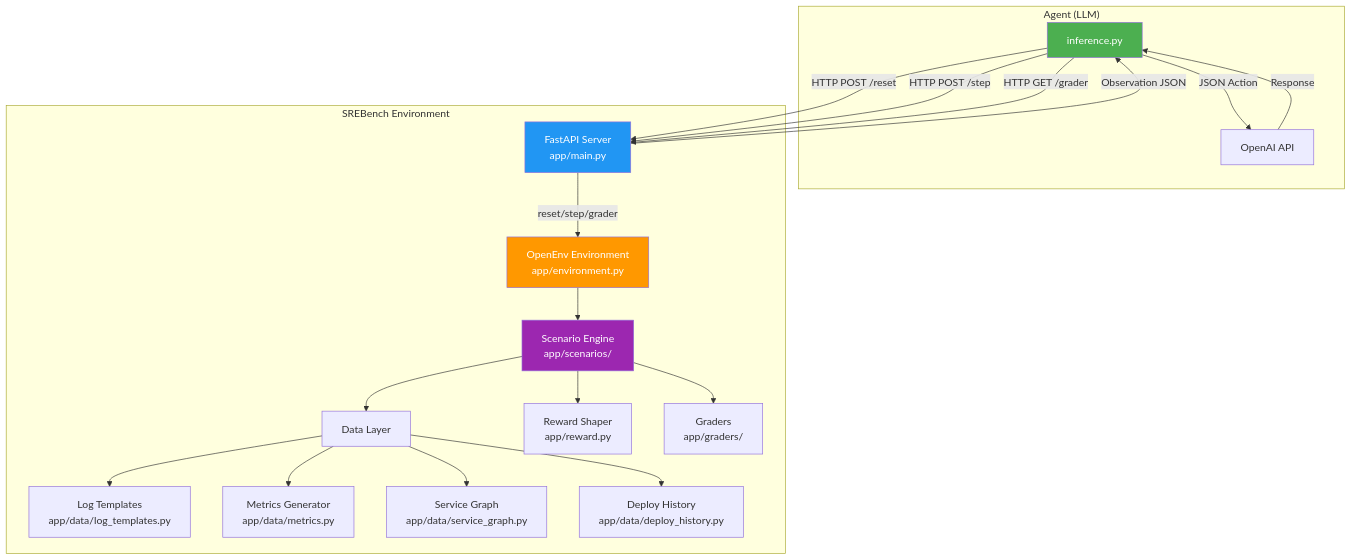
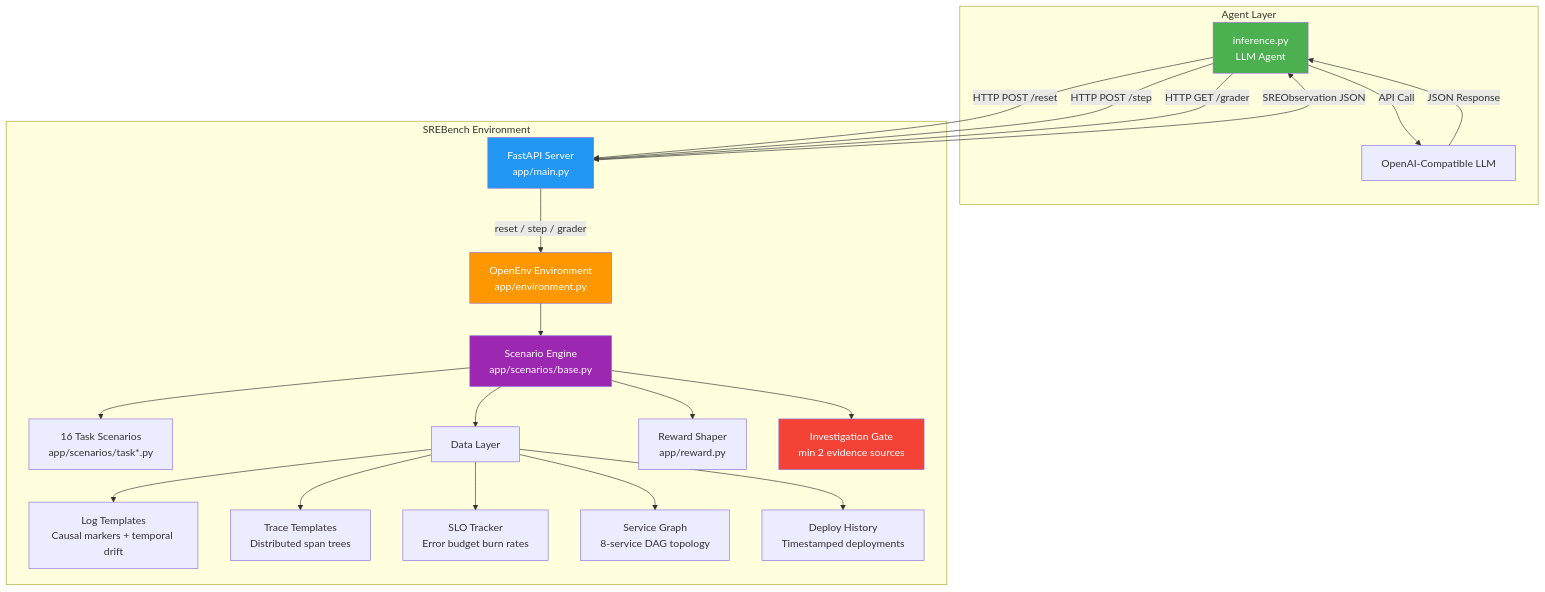
Before and after one commit to Airocult/Scaler-Meta-Competition-2026: the third of 15 diagrams in README.md, drawn with Mermaid. The commit also changed other lines of this file, not shown here.

Commit message:
Complete README rewrite: 16 tasks, Mermaid diagrams, UML, novel mechanics, investigation gating

````diff
--- a/README.md
+++ b/README.md
@@ -102,29 +184,34 @@
 ```mermaid
 graph TB
-    subgraph "Agent (LLM)"
-        A[inference.py] -->|JSON Action| B[OpenAI API]
-        B -->|Response| A
+    subgraph "Agent Layer"
+        A[inference.py<br/>LLM Agent] -->|API Call| B[OpenAI-Compatible LLM]
+        B -->|JSON Response| A
     end
 
     subgraph "SREBench Environment"
-        C[FastAPI Server<br/>app/main.py] -->|reset/step/grader| D[OpenEnv Environment<br/>app/environment.py]
-        D --> E[Scenario Engine<br/>app/scenarios/]
+        C[FastAPI Server<br/>app/main.py] -->|reset / step / grader| D[OpenEnv Environment<br/>app/environment.py]
+        D --> E[Scenario Engine<br/>app/scenarios/base.py]
+        E --> SC[16 Task Scenarios<br/>app/scenarios/task*.py]
+
         E --> F[Data Layer]
-        F --> F1[Log Templates<br/>app/data/log_templates.py]
-        F --> F2[Metrics Generator<br/>app/data/metrics.py]
-        F --> F3[Service Graph<br/>app/data/service_graph.py]
-        F --> F4[Deploy History<br/>app/data/deploy_history.py]
+        F --> F1[Log Templates<br/>Causal markers + temporal drift]
+        F --> F2[Trace Templates<br/>Distributed span trees]
+        F --> F3[SLO Tracker<br/>Error budget burn rates]
+        F --> F4[Service Graph<br/>8-service DAG topology]
+        F --> F5[Deploy History<br/>Timestamped deployments]
+
         E --> G[Reward Shaper<br/>app/reward.py]
-        E --> H[Graders<br/>app/graders/]
+        E --> IG[Investigation Gate<br/>min 2 evidence sources]
     end
 
     A -->|HTTP POST /reset| C
     A -->|HTTP POST /step| C
     A -->|HTTP GET /grader| C
-    C -->|Observation JSON| A
+    C -->|SREObservation JSON| A
 
     style A fill:#4CAF50,color:#fff
     style C fill:#2196F3,color:#fff
     style D fill:#FF9800,color:#fff
     style E fill:#9C27B0,color:#fff
+    style IG fill:#f44336,color:#fff
 ```
````
